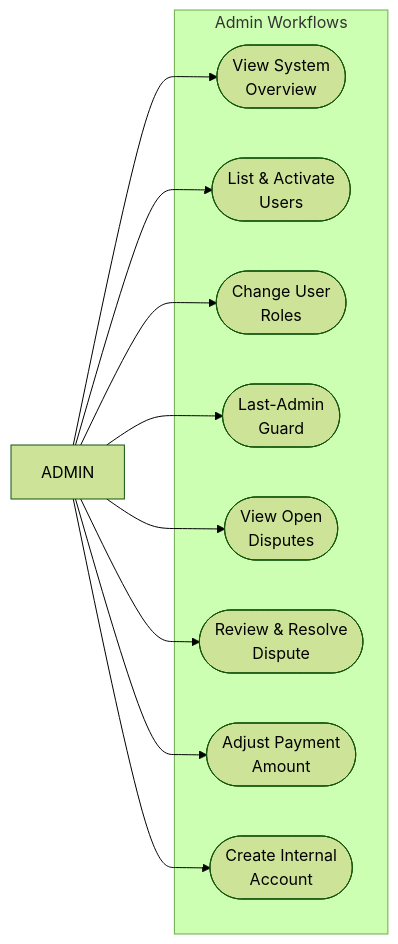
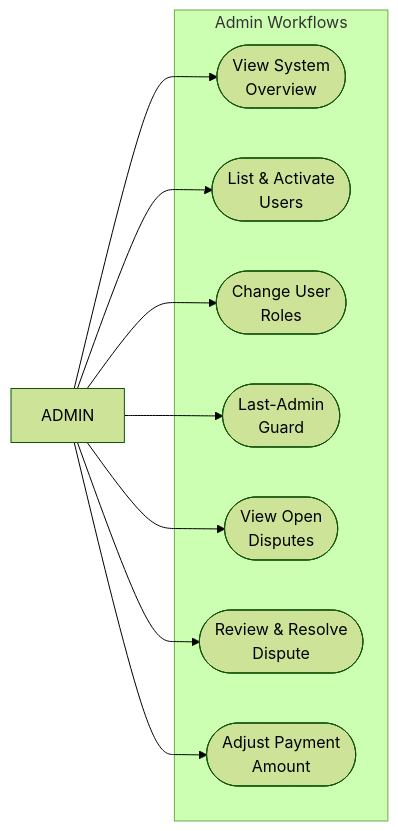
The seventh of 8 diagrams in documents/04-diagrams/01-use-case-diagrams.md (zun3007/Manga-Creation-Workflow-and-Publishing-Management-System), drawn with Mermaid (forest theme) before and after one commit. The commit also changed other lines of this file and 2 other files, not shown here.

Commit message:
Revert "docs(admin): update internal account documentation"

````diff
--- a/documents/04-diagrams/01-use-case-diagrams.md
+++ b/documents/04-diagrams/01-use-case-diagrams.md
@@ -259,24 +259,22 @@
 ```mermaid
 flowchart LR
     AD["ADMIN"]
     
     subgraph "Admin Workflows"
         UC1(["View System<br/>Overview"])
         UC2(["List & Activate<br/>Users"])
         UC3(["Change User<br/>Roles"])
         UC4(["Last-Admin<br/>Guard"])
         UC5(["View Open<br/>Disputes"])
         UC6(["Review & Resolve<br/>Dispute"])
         UC7(["Adjust Payment<br/>Amount"])
-        UC8(["Create Internal<br/>Account"])
     end
     
     AD --> UC1
     AD --> UC2
     AD --> UC3
     AD --> UC4
     AD --> UC5
     AD --> UC6
     AD --> UC7
-    AD --> UC8
 ```
````
